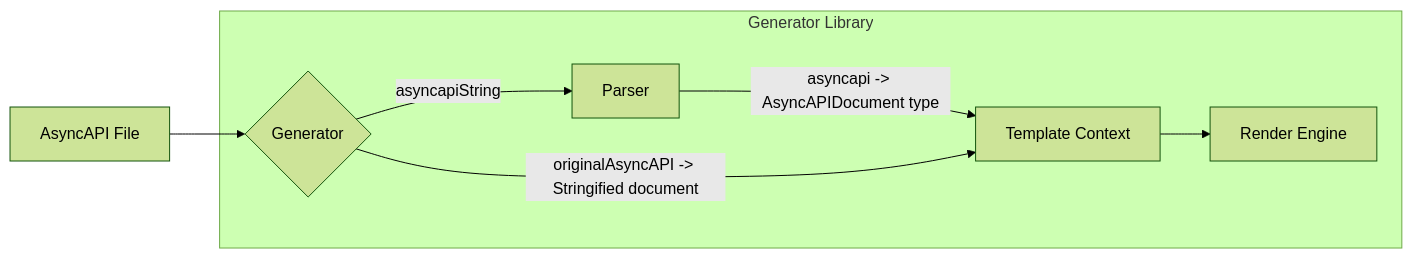
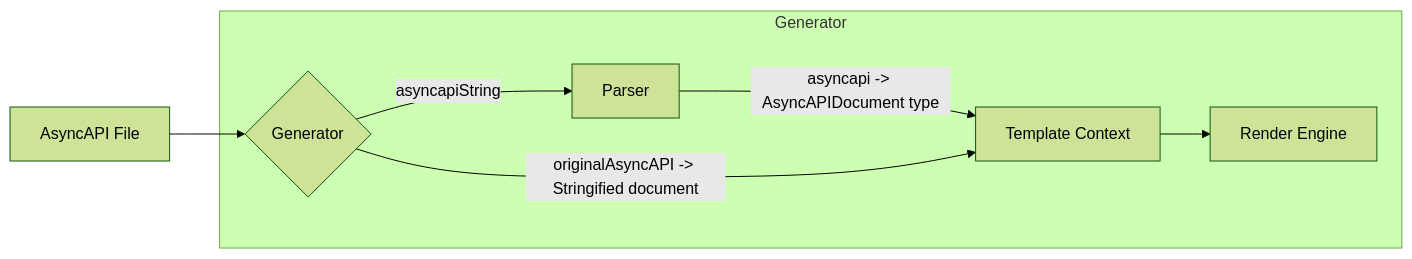
The diagram in docs/asyncapi-file.md (asyncapi/generator), drawn with Mermaid (forest theme) before and after one commit. The commit also changed other lines of this file and 1 other file, not shown here.

````diff
--- a/docs/asyncapi-file.md
+++ b/docs/asyncapi-file.md
@@ -26,14 +26,14 @@
 ``` mermaid
 graph LR
     A[Template Context]
     B{Generator}
     C[Parser]
     D[Render Engine]
     E[AsyncAPI File] --> B
-  subgraph Generator Library
+  subgraph Generator
     B -->| asyncapiString | C
     C --> | asyncapi -> AsyncAPIDocument type | A
     B--> | originalAsyncAPI -> Stringified document | A
     A --> D
   end
   ```
````
